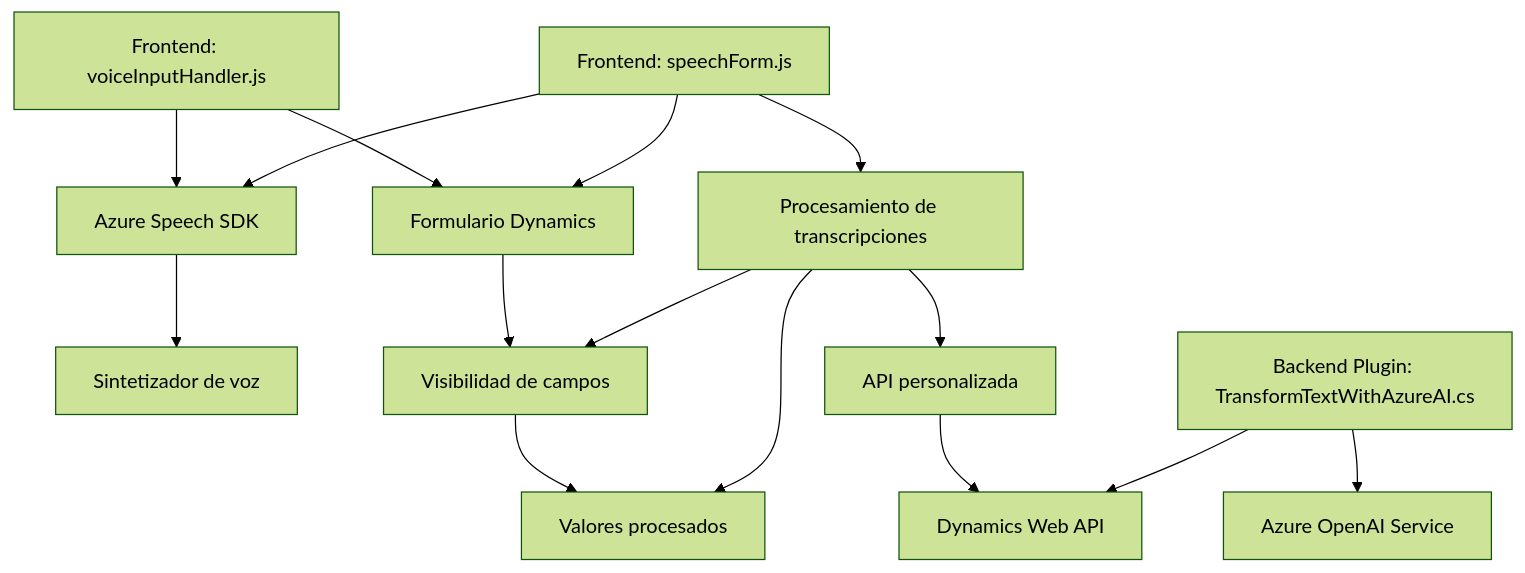
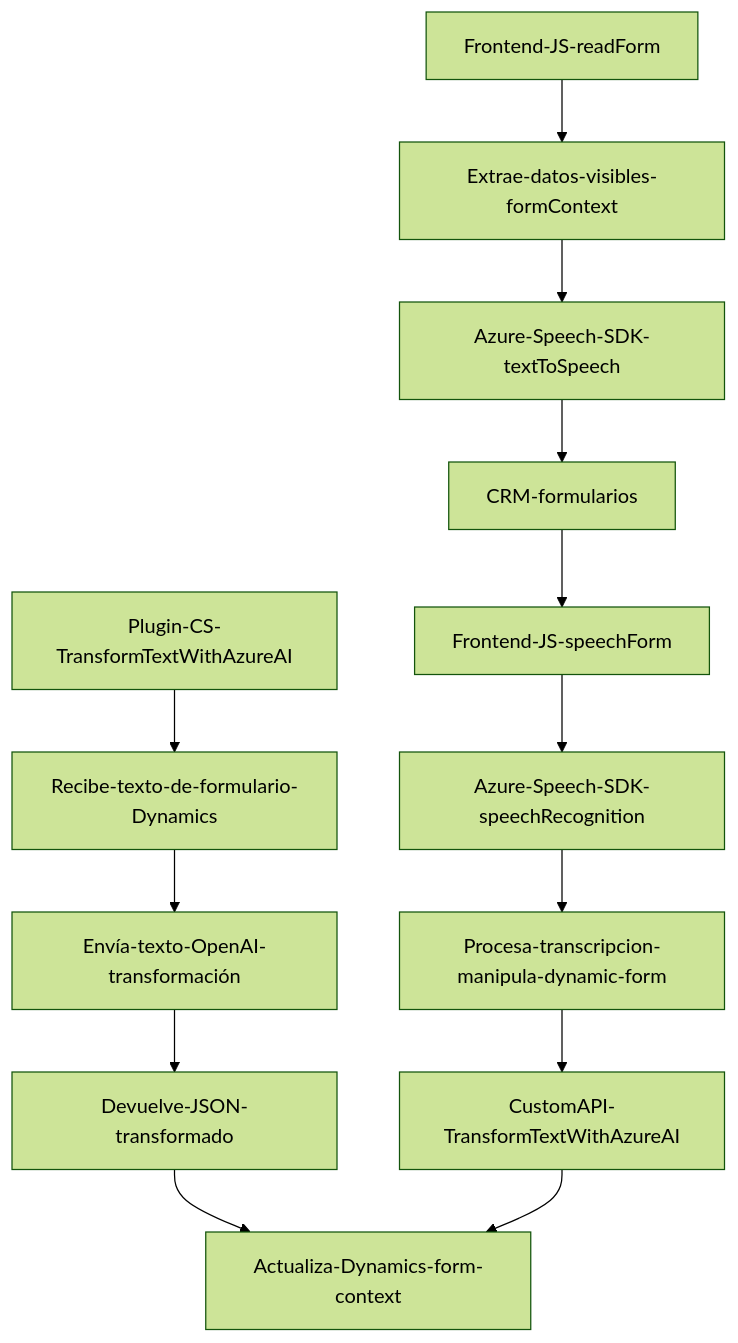
The diagram in README.md (blopezdm/NETCORE_BILBAO2025), drawn with Mermaid (forest theme) before and after one commit. The commit also changed other lines of this file, not shown here.

````diff
--- a/README.md
+++ b/README.md
@@ -38,19 +38,18 @@
 ```mermaid
 graph TD
-    A["Frontend: voiceInputHandler.js"] --> B["Azure Speech SDK"]
-    A --> C["Formulario Dynamics"]
-    B --> D["Sintetizador de voz"]
-    C --> E["Visibilidad de campos"]
-    E --> F["Valores procesados"]
+    A["Frontend-JS-readForm"] --> B["Extrae-datos-visibles-formContext"]
+    B --> C["Azure-Speech-SDK-textToSpeech"]
+    C --> D["CRM-formularios"]
 
-    G["Frontend: speechForm.js"] --> C
-    G --> B
-    G --> H["Procesamiento de transcripciones"]
-    H --> E
-    H --> F
-    H --> I["API personalizada"]
-    I --> J["Dynamics Web API"]
-
-    K["Backend Plugin: TransformTextWithAzureAI.cs"] --> L["Azure OpenAI Service"]
-    K --> J
+    E["Frontend-JS-speechForm"] --> F["Azure-Speech-SDK-speechRecognition"]
+    F --> G["Procesa-transcripcion-manipula-dynamic-form"]
+    G --> H["CustomAPI-TransformTextWithAzureAI"]
+    
+    I["Plugin-CS-TransformTextWithAzureAI"] --> J["Recibe-texto-de-formulario-Dynamics"]
+    J --> K["Envía-texto-OpenAI-transformación"]
+    K --> L["Devuelve-JSON-transformado"]
+    L --> M["Actualiza-Dynamics-form-context"]
+    
+    D --> E
+    H --> M
 ```
````
